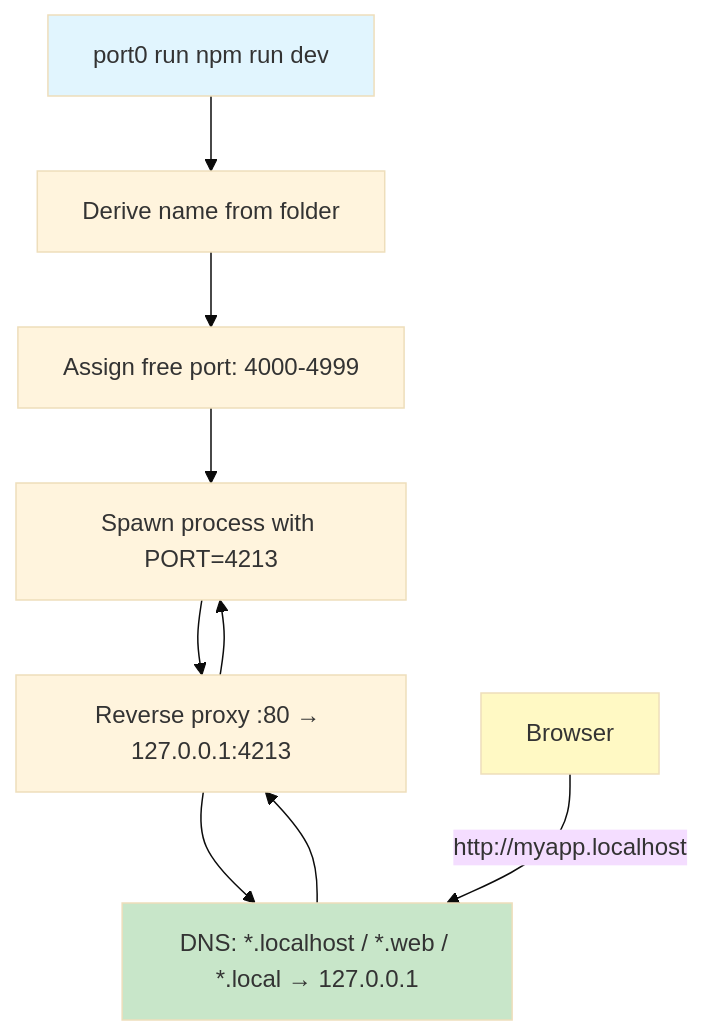
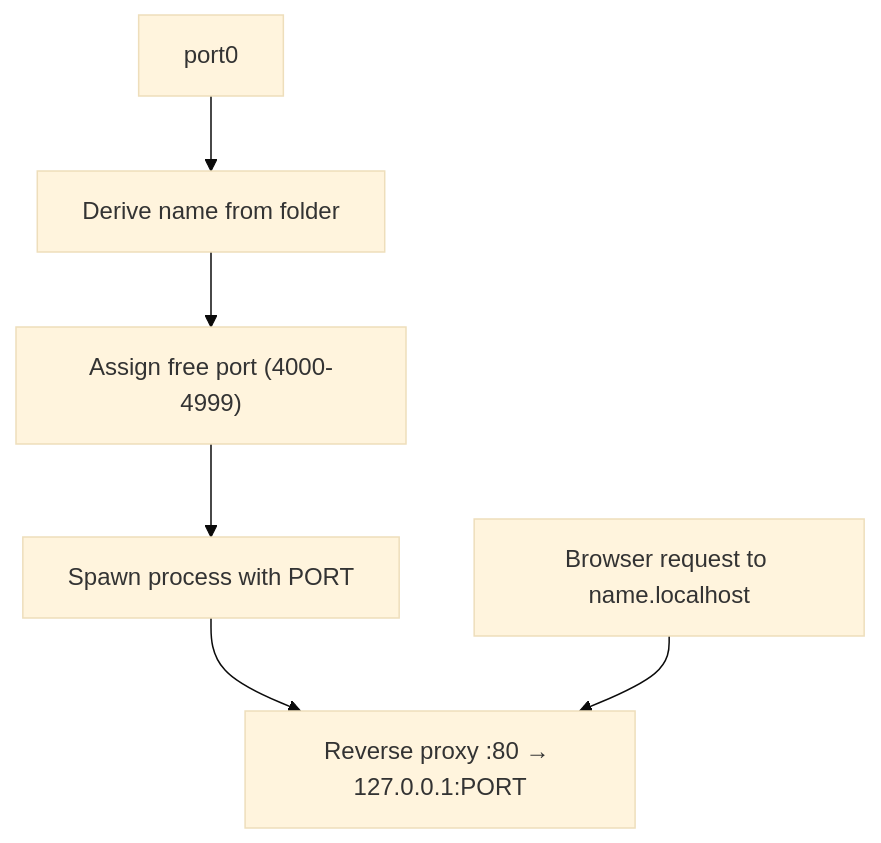
Before and after one commit to Blu3Ph4ntom/port0: the diagram in README.md, drawn with Mermaid (base theme). The commit also changed other lines of this file and 1 other file, not shown here.

````diff
--- a/README.md
+++ b/README.md
@@ -25,16 +48,8 @@
 ```mermaid
 flowchart TD
-    A[port0 run npm run dev] --> B[Derive name from folder]
-    B --> C[Assign free port: 4000-4999]
-    C --> D[Spawn process with PORT=4213]
-    D --> E[Reverse proxy :80 → 127.0.0.1:4213]
-    E --> F[DNS: *.localhost / *.web / *.local → 127.0.0.1]
-    
-    G[Browser] -->|http://myapp.localhost| F
-    F --> E
-    E --> D
-    
-    style A fill:#e1f5fe
-    style F fill:#c8e6c9
-    style G fill:#fff9c4
+  Run["port0 <cmd>"] --> Name["Derive name from folder"]
+  Name --> Assign["Assign free port (4000-4999)"]
+  Assign --> Spawn["Spawn process with PORT"]
+  Spawn --> Proxy["Reverse proxy :80 → 127.0.0.1:PORT"]
+  Browser["Browser request to name.localhost"] --> Proxy
 ```
````
